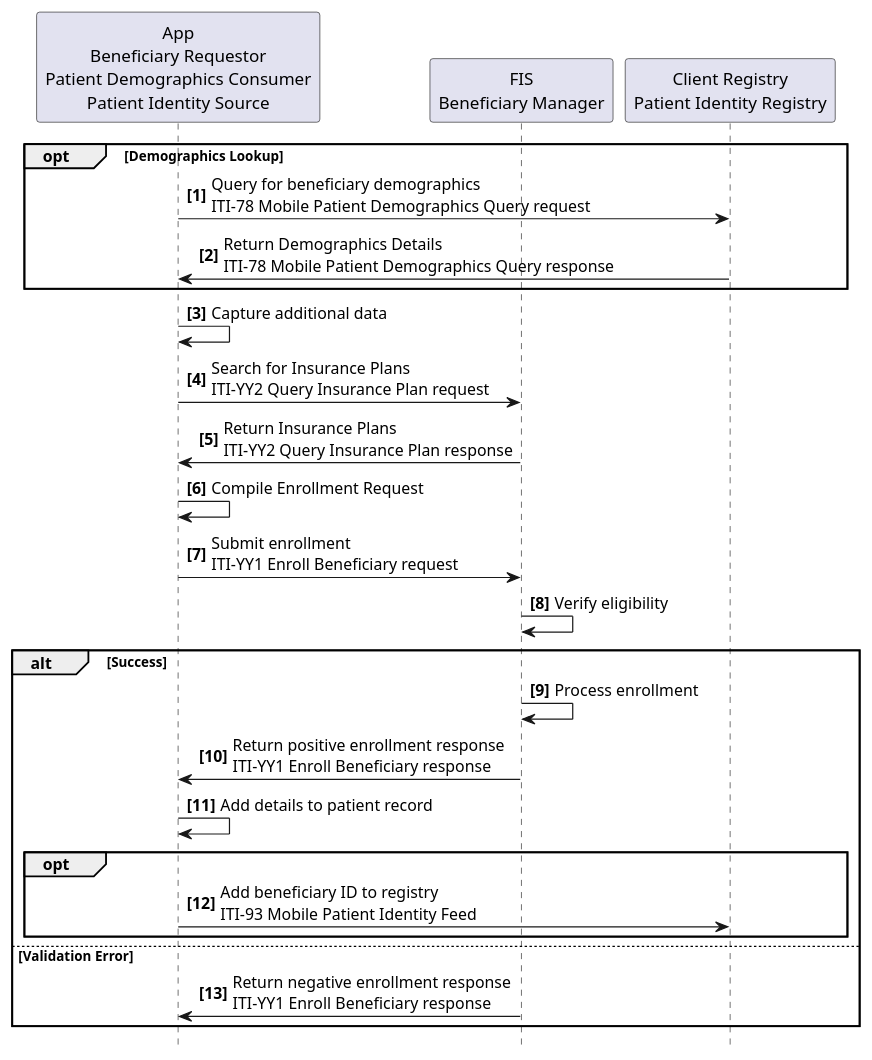
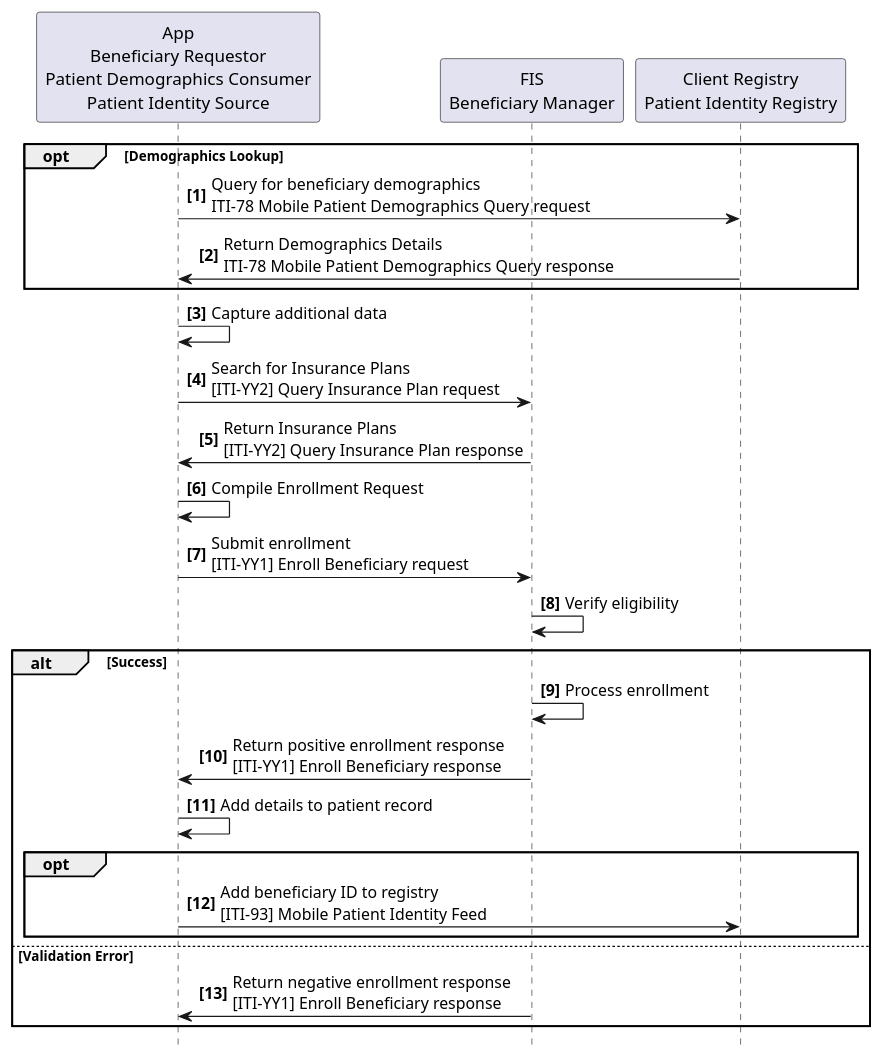
The diagram in input/images-source/usecase1-processflow.plantuml (IHE/ITI.Finance), drawn with PlantUML before and after one commit. The commit also changed 7 other files, not shown here.

Commit message:
Fixed typo in transaction numbers in tables and diagrams.  Fixes #10.

```diff
--- a/input/images-source/usecase1-processflow.plantuml
+++ b/input/images-source/usecase1-processflow.plantuml
@@ -1,31 +1,31 @@
 @startuml
 skinparam svgDimensionStyle false
 hide footbox
 autonumber "<b>[0]"
 
 participant "App\nBeneficiary Requestor\nPatient Demographics Consumer\nPatient Identity Source" as App
 participant "FIS\nBeneficiary Manager" as FIS
 participant "Client Registry\nPatient Identity Registry" as CR
 
 opt Demographics Lookup
   App->CR: Query for beneficiary demographics\nITI-78 Mobile Patient Demographics Query request
   CR->App: Return Demographics Details\nITI-78 Mobile Patient Demographics Query response
 end
 App->App: Capture additional data
-App->FIS: Search for Insurance Plans\nITI-YY2 Query Insurance Plan request
-FIS->App: Return Insurance Plans\nITI-YY2 Query Insurance Plan response
+App->FIS: Search for Insurance Plans\n&#91;ITI-YY2&#93; Query Insurance Plan request
+FIS->App: Return Insurance Plans\n&#91;ITI-YY2&#93; Query Insurance Plan response
 App->App: Compile Enrollment Request
-App->FIS: Submit enrollment\nITI-YY1 Enroll Beneficiary request
+App->FIS: Submit enrollment\n&#91;ITI-YY1&#93; Enroll Beneficiary request
 FIS->FIS: Verify eligibility
 alt Success
   FIS->FIS: Process enrollment
-  FIS->App: Return positive enrollment response\nITI-YY1 Enroll Beneficiary response
+  FIS->App: Return positive enrollment response\n&#91;ITI-YY1&#93; Enroll Beneficiary response
   App->App: Add details to patient record
   opt
-    App->CR: Add beneficiary ID to registry\nITI-93 Mobile Patient Identity Feed
+    App->CR: Add beneficiary ID to registry\n&#91;ITI-93&#93; Mobile Patient Identity Feed
   end
 else Validation Error
-  FIS->App: Return negative enrollment response\nITI-YY1 Enroll Beneficiary response
+  FIS->App: Return negative enrollment response\n&#91;ITI-YY1&#93; Enroll Beneficiary response
 end
 
 @enduml
```
